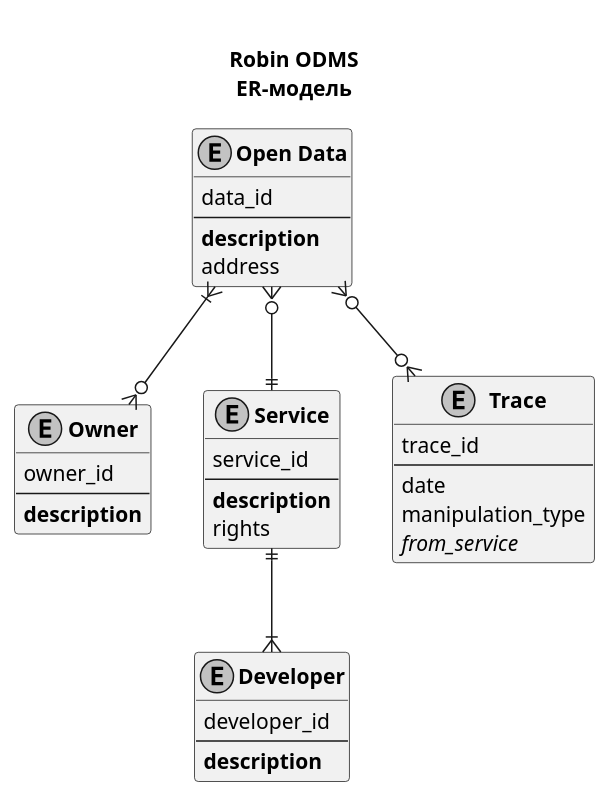
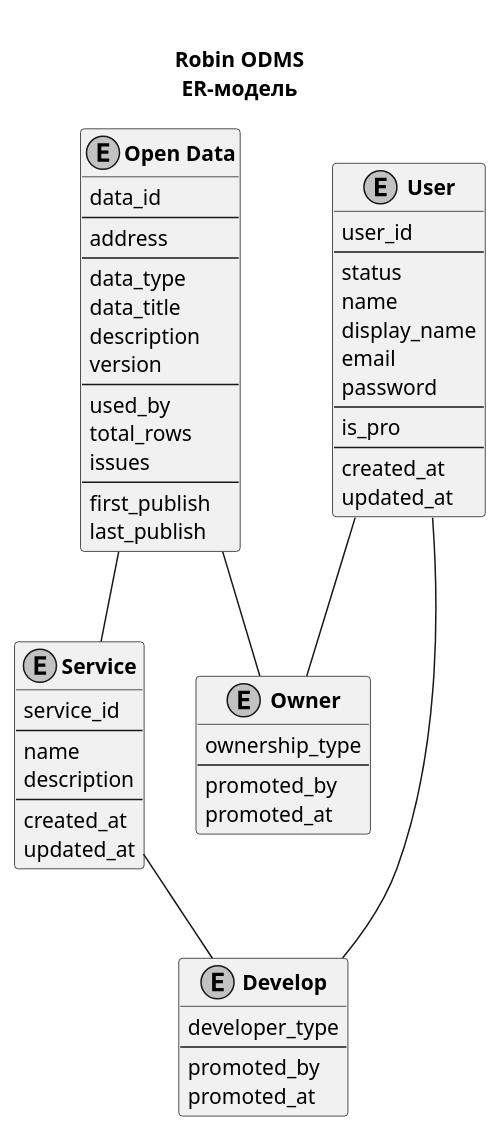
The diagram in docs/ER-Model/ER.puml (KepAlex-404/robin), drawn with PlantUML before and after one commit.

Commit message:
rewrite er-model

```diff
--- a/docs/ER-Model/ER.puml
+++ b/docs/ER-Model/ER.puml
@@ -1,51 +1,75 @@
 @startuml ER-model
 
 skinparam monochrome true
 skinparam	shadowing false
 
 title
   <font size=14 color=black>
 	<b>Robin ODMS
 	ER-модель
 end title
 
 entity "<b>Open Data" as Data {
 	data_id
 	--
-	**description**
 	address
+	--
+	data_type
+	data_title
+	description
+	version
+	--
+	used_by
+	total_rows
+	issues
+	--
+	first_publish
+	last_publish
+}
+
+entity "<b>User" as User {
+	user_id
+	--
+	status
+	name
+	display_name
+	email
+	password
+	--
+	is_pro
+	--
+	created_at
+	updated_at
 }
 
 entity "<b>Owner" as Owner {
-	owner_id
+	ownership_type
 	--
-	**description**
+	promoted_by
+	promoted_at
 }
 
 entity "<b>Service" as Service {
 	service_id
 	--
-	**description**
-	rights
+	name
+	description
+	--
+	created_at
+	updated_at
 }
 
-entity "<b>Developer" as Developer {
-	developer_id
+entity "<b>Develop" as Develop {
+	developer_type
 	--
-	**description**
+	promoted_by
+	promoted_at
 }
 
-entity "<b>Trace" as Trace {
-	trace_id
-	--
-	date
-	manipulation_type
-	<i>from_service
-}
-
-Data }|--o{ Owner
-Data }o--|| Service
-Data }o--o{ Trace
-Service ||--|{ Developer
+Data -- Owner
+Data -- Service
+Service -- Develop
+User -- Owner
+User -- Develop
 
 @enduml
```
